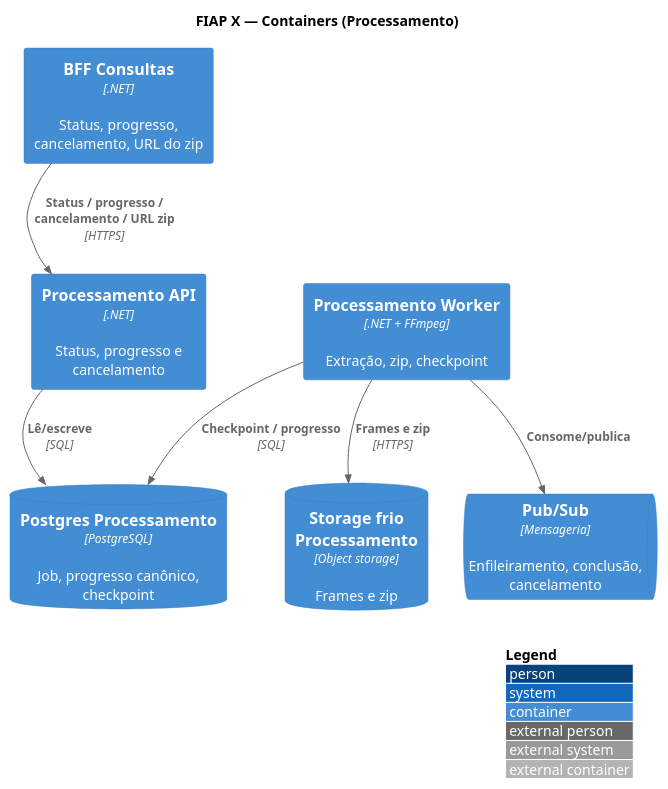
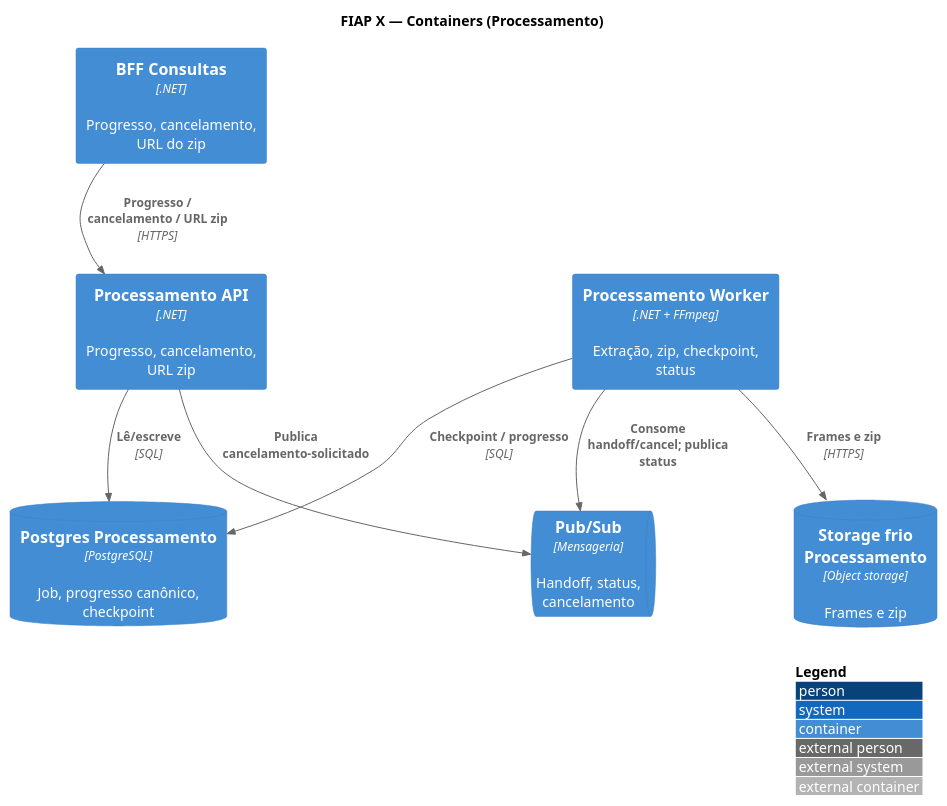
Before and after one commit to fiap-x-vcosta/docs: the diagram in arquitetura/04_containers-processamento.puml, drawn with PlantUML. The commit also changed 26 other files, not shown here.

Commit message:
docs: status de processamento unificado; Upload como projeção da listagem

```diff
--- a/arquitetura/04_containers-processamento.puml
+++ b/arquitetura/04_containers-processamento.puml
@@ -1,28 +1,29 @@
 @startuml 04_containers-processamento
 !include https://raw.githubusercontent.com/plantuml-stdlib/C4-PlantUML/master/C4_Container.puml
 
 LAYOUT_WITH_LEGEND()
 LAYOUT_TOP_DOWN()
 
 title FIAP X — Containers (Processamento)
 
-Container(bff, "BFF Consultas", ".NET", "Status, progresso, cancelamento, URL do zip")
-Container(procApi, "Processamento API", ".NET", "Status, progresso e cancelamento")
-Container(procWorker, "Processamento Worker", ".NET + FFmpeg", "Extração, zip, checkpoint")
+Container(bff, "BFF Consultas", ".NET", "Progresso, cancelamento, URL do zip")
+Container(procApi, "Processamento API", ".NET", "Progresso, cancelamento, URL zip")
+Container(procWorker, "Processamento Worker", ".NET + FFmpeg", "Extração, zip, checkpoint, status")
 ContainerDb(pgProc, "Postgres Processamento", "PostgreSQL", "Job, progresso canônico, checkpoint")
 ContainerDb(frioProc, "Storage frio Processamento", "Object storage", "Frames e zip")
-ContainerQueue(pubsub, "Pub/Sub", "Mensageria", "Enfileiramento, conclusão, cancelamento")
+ContainerQueue(pubsub, "Pub/Sub", "Mensageria", "Handoff, status, cancelamento")
 
-Rel(bff, procApi, "Status / progresso / cancelamento / URL zip", "HTTPS")
+Rel(bff, procApi, "Progresso / cancelamento / URL zip", "HTTPS")
 Rel(procApi, pgProc, "Lê/escreve", "SQL")
+Rel(procApi, pubsub, "Publica cancelamento-solicitado")
 Rel(procWorker, pgProc, "Checkpoint / progresso", "SQL")
-Rel(procWorker, pubsub, "Consome/publica")
+Rel(procWorker, pubsub, "Consome handoff/cancel; publica status")
 Rel(procWorker, frioProc, "Frames e zip", "HTTPS")
 
 Lay_D(bff, procApi)
 Lay_R(procApi, procWorker)
 Lay_D(procApi, pgProc)
 Lay_D(procWorker, frioProc)
 Lay_R(procWorker, pubsub)
 
 @enduml
```
